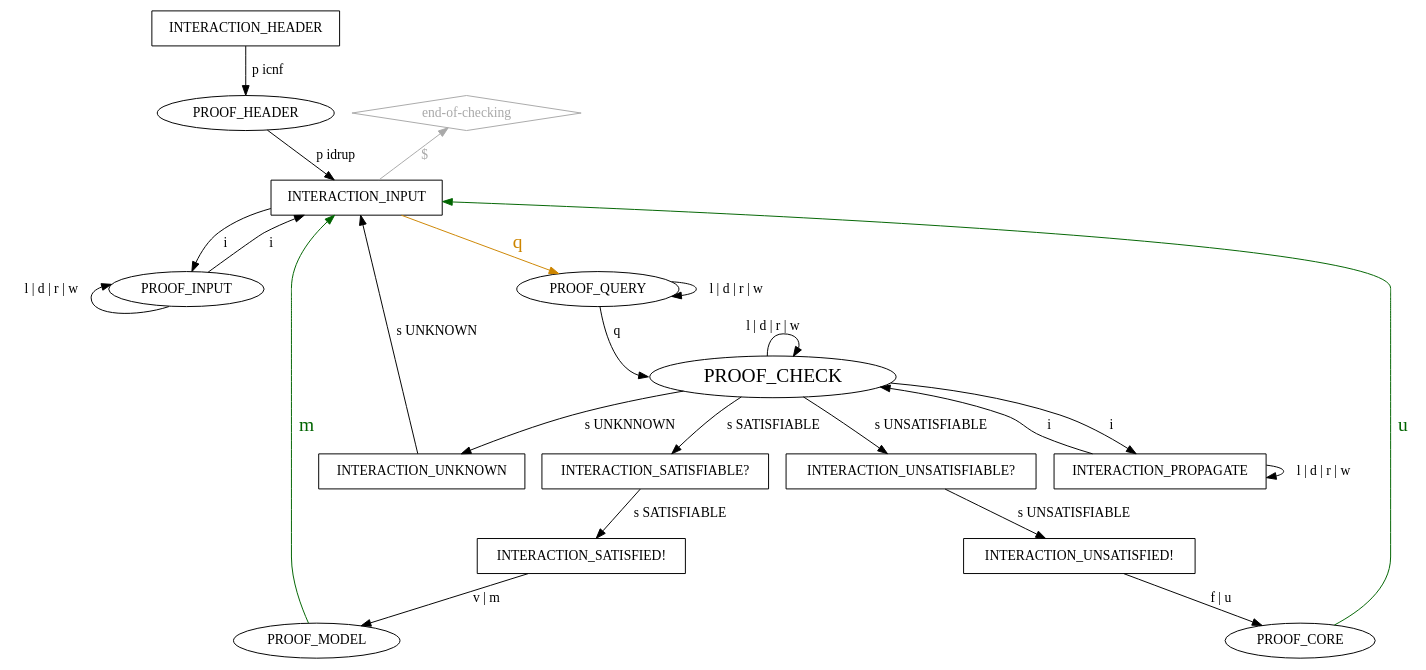
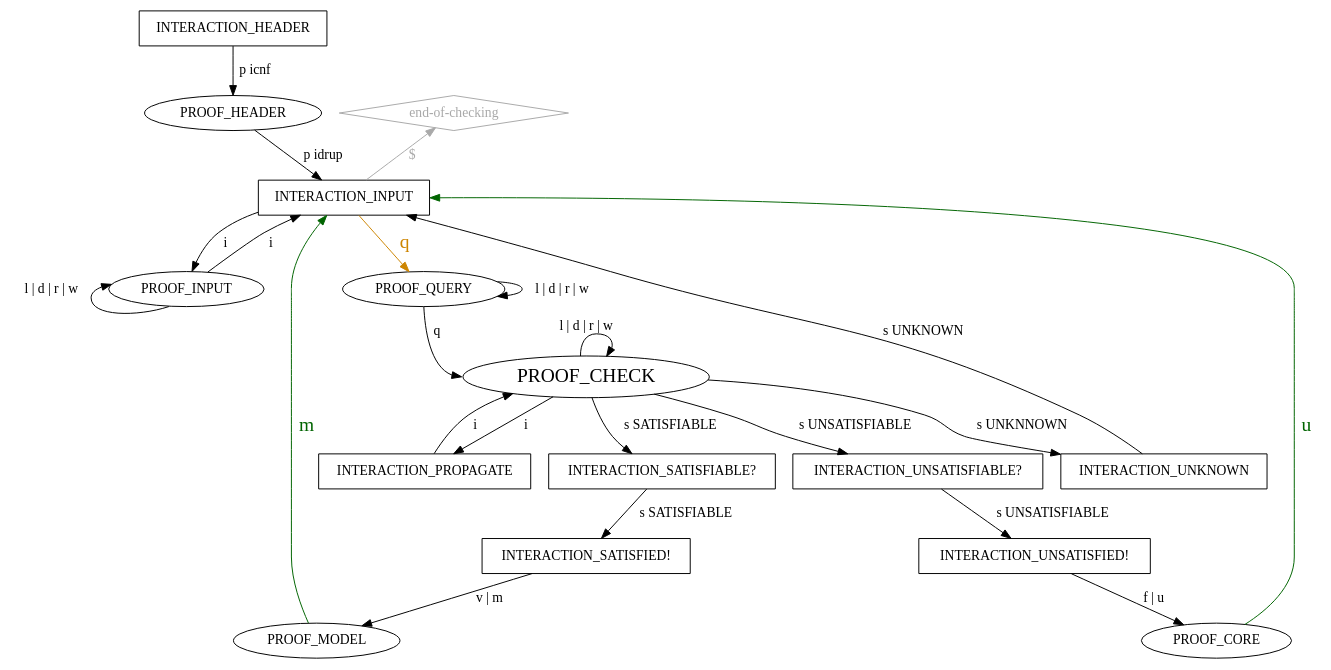
One commit to arminbiere/lidrup-check changed the diagram in lidrup-check-pedantic.dot. Above: the diagram before and after it, drawn with Graphviz. The commit also changed 14 other files, not shown here.

```diff
--- a/lidrup-check-pedantic.dot
+++ b/lidrup-check-pedantic.dot
@@ -1,48 +1,47 @@
 digraph "idrup-check" {
 
   INTERACTION_HEADER [shape=box];
   INTERACTION_HEADER -> PROOF_HEADER [label=" p icnf"];
   PROOF_HEADER -> INTERACTION_INPUT [label=" p idrup"];
 
   "end-of-checking" [shape=diamond,color=darkgray,fontcolor=darkgray];
   "end-of-checking" -> INTERACTION_INPUT [label="$    ",dir=back,color=darkgray,fontcolor=darkgray];
 
   INTERACTION_INPUT [shape=box];
   INTERACTION_INPUT -> PROOF_INPUT [label=" i "];
   INTERACTION_INPUT -> PROOF_QUERY [label=" q ",color=orange3,fontsize=20,fontcolor=orange3];
 
   PROOF_INPUT -> INTERACTION_INPUT [label=" i "];
   PROOF_INPUT:sw -> PROOF_INPUT [label=" l | d | r | w "];
 
   PROOF_QUERY -> PROOF_CHECK:w [label=" q "];
   PROOF_QUERY -> PROOF_QUERY [label=" l | d | r | w "];
 
   PROOF_CHECK [fontsize=20];
   PROOF_CHECK:_ -> PROOF_CHECK:ne [label=" l | d | r | w "];
+  PROOF_CHECK -> INTERACTION_PROPAGATE [label=" i "];
   PROOF_CHECK -> INTERACTION_SATISFIABLE [label=" s SATISFIABLE "];
   PROOF_CHECK -> INTERACTION_UNSATISFIABLE [label=" s UNSATISFIABLE "];
-  PROOF_CHECK -> INTERACTION_PROPAGATE [label=" i "];
   PROOF_CHECK -> INTERACTION_UNKNOWN [label=" s UNKNNOWN "];
+
+  INTERACTION_PROPAGATE [shape=box];
+  INTERACTION_PROPAGATE -> PROOF_CHECK [label=" i "];
 
   INTERACTION_UNSATISFIABLE [shape="box",label="INTERACTION_UNSATISFIABLE?"];
   INTERACTION_UNSATISFIABLE -> INTERACTION_UNSATISFIED [label=" s UNSATISFIABLE "];
 
   INTERACTION_SATISFIABLE [shape="box",label="INTERACTION_SATISFIABLE?"];
   INTERACTION_SATISFIABLE -> INTERACTION_SATISFIED [label=" s SATISFIABLE "];
 
   INTERACTION_SATISFIED [shape=box,label="INTERACTION_SATISFIED!"];
   INTERACTION_SATISFIED -> PROOF_MODEL [label=" v | m "];
 
   INTERACTION_UNSATISFIED [shape=box,label="INTERACTION_UNSATISFIED!"];
   INTERACTION_UNSATISFIED -> PROOF_CORE [label=" f | u "];
 
   INTERACTION_UNKNOWN [shape=box];
   INTERACTION_UNKNOWN -> INTERACTION_INPUT [label="s UNKNOWN"];
 
-  INTERACTION_PROPAGATE [shape=box];
-  INTERACTION_PROPAGATE -> PROOF_CHECK [label=" i "];
-  INTERACTION_PROPAGATE -> INTERACTION_PROPAGATE [label=" l | d | r | w "];
-
   PROOF_MODEL -> INTERACTION_INPUT [label=" m ",color=darkgreen,fontsize=20,fontcolor=darkgreen];
   PROOF_CORE -> INTERACTION_INPUT [label=" u ",color=darkgreen,fontsize=20,fontcolor=darkgreen];
 }
```
